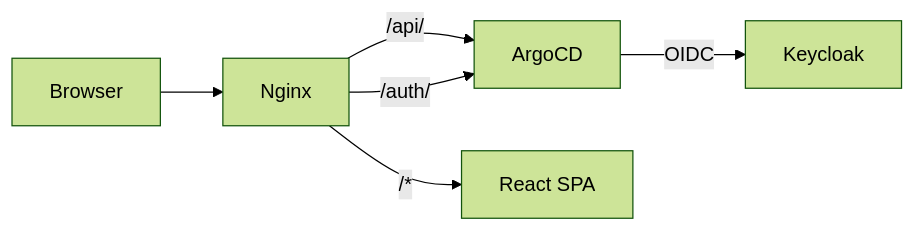
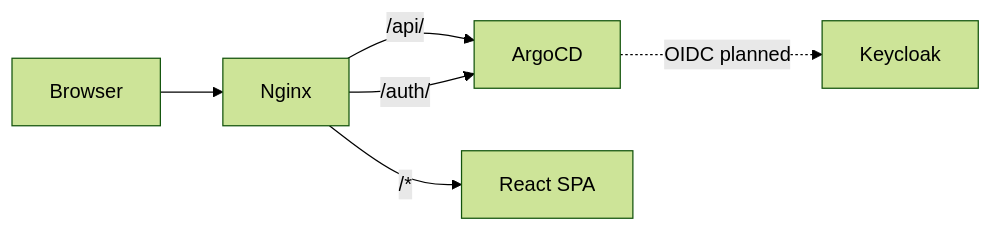
The diagram in docs/explanations/architecture.md (epics-containers/argocd-ioc-monitor), drawn with Mermaid (forest theme) before and after one commit. The commit also changed other lines of this file and 2 other files, not shown here.

````diff
--- a/docs/explanations/architecture.md
+++ b/docs/explanations/architecture.md
@@ -9,8 +9,8 @@
 ```{mermaid}
 graph LR
     Browser --> Nginx
     Nginx -->|/api/| ArgoCD
     Nginx -->|/auth/| ArgoCD
     Nginx -->|/*| SPA[React SPA]
-    ArgoCD -->|OIDC| Keycloak
+    ArgoCD -.->|OIDC planned| Keycloak
 ```
````
